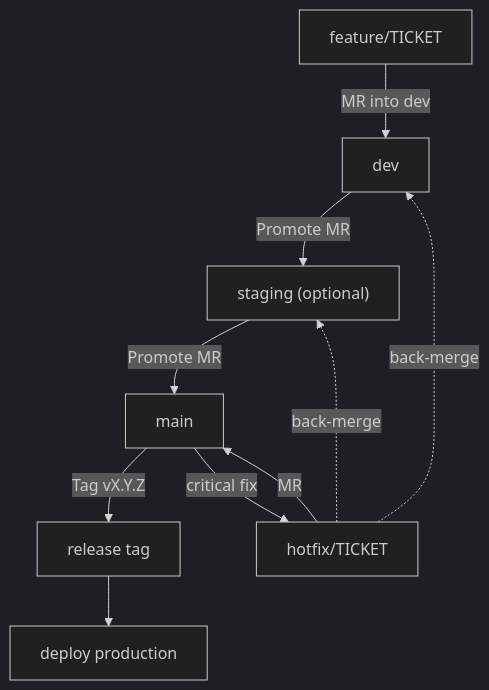
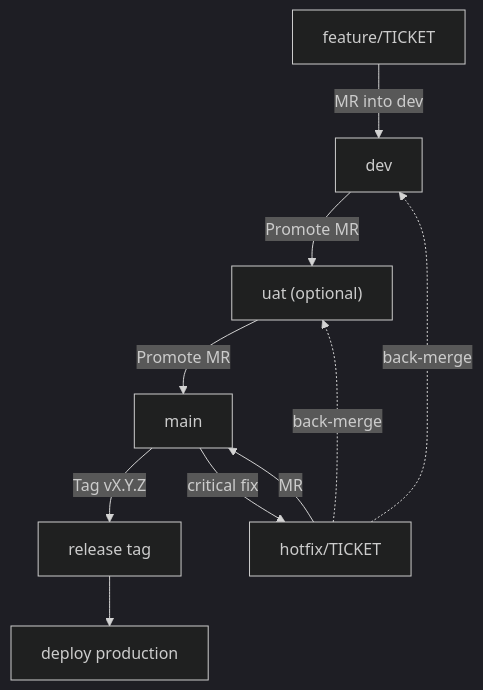
Before and after one commit to duynhlab/homelab: the first of 7 diagrams in docs/platform/gitflow.md, drawn with Mermaid (dark theme). The commit also changed other lines of this file and 6 other files, not shown here.

First line of the commit message:
Rename staging release tier to uat

````diff
--- a/docs/platform/gitflow.md
+++ b/docs/platform/gitflow.md
@@ -13,13 +13,13 @@
 ```mermaid
 flowchart TD
   feature["feature/TICKET"] -->|"MR into dev"| dev["dev"]
-  dev -->|"Promote MR"| staging["staging (optional)"]
-  staging -->|"Promote MR"| main["main"]
+  dev -->|"Promote MR"| uat["uat (optional)"]
+  uat -->|"Promote MR"| main["main"]
   main -->|"Tag vX.Y.Z"| releaseTag["release tag"]
   releaseTag --> prod["deploy production"]
 
   main -->|"critical fix"| hotfix["hotfix/TICKET"]
   hotfix -->|"MR"| main
   hotfix -.->|"back-merge"| dev
-  hotfix -.->|"back-merge"| staging
+  hotfix -.->|"back-merge"| uat
 ```
````
